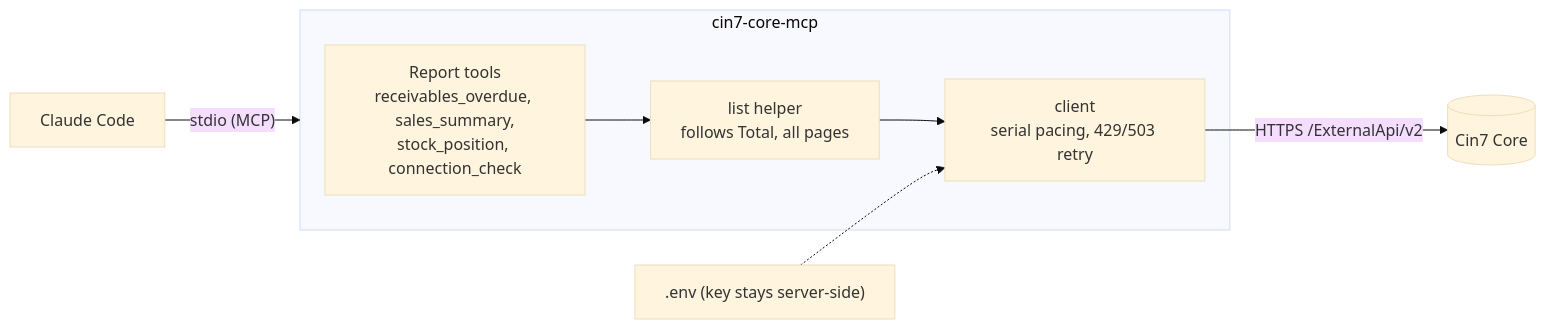
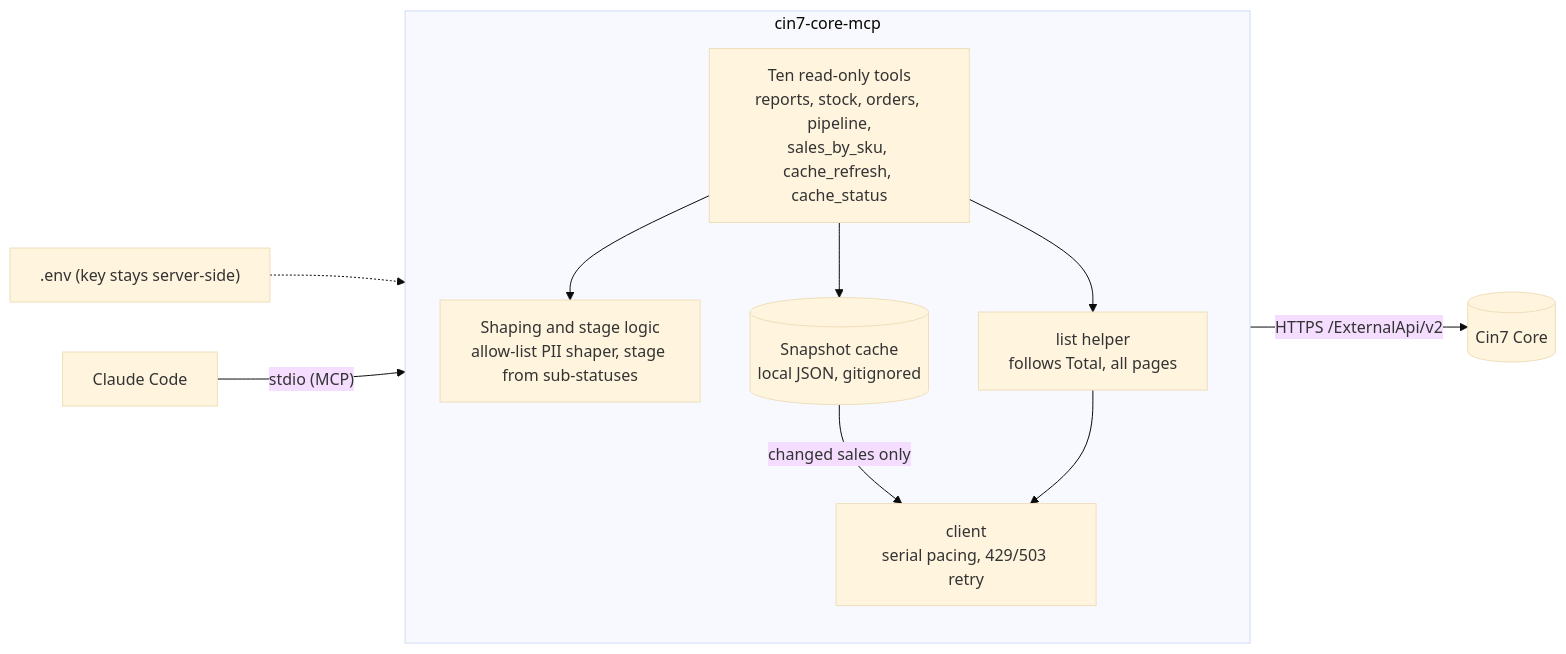
The diagram in README.md (LiamB299/mcp7), drawn with Mermaid (base theme) before and after one commit. The commit also changed other lines of this file and 9 other files, not shown here.

````diff
--- a/README.md
+++ b/README.md
@@ -20,12 +20,18 @@
 ```mermaid
 flowchart LR
     CC["Claude Code"] -->|"stdio (MCP)"| S
     subgraph S["cin7-core-mcp"]
-        T["Report tools<br/>receivables_overdue, sales_summary,<br/>stock_position, connection_check"]
+        direction TB
+        T["Ten read-only tools<br/>reports, stock, orders, pipeline,<br/>sales_by_sku, cache_refresh, cache_status"]
+        Q["Shaping and stage logic<br/>allow-list PII shaper, stage from sub-statuses"]
+        CA[("Snapshot cache<br/>local JSON, gitignored")]
         H["list helper<br/>follows Total, all pages"]
         C["client<br/>serial pacing, 429/503 retry"]
+        T --> Q
+        T --> CA
+        CA -->|"changed sales only"| C
         T --> H --> C
     end
     C -->|"HTTPS /ExternalApi/v2"| E[("Cin7 Core")]
     ENV[".env (key stays server-side)"] -.-> C
 ```
````
